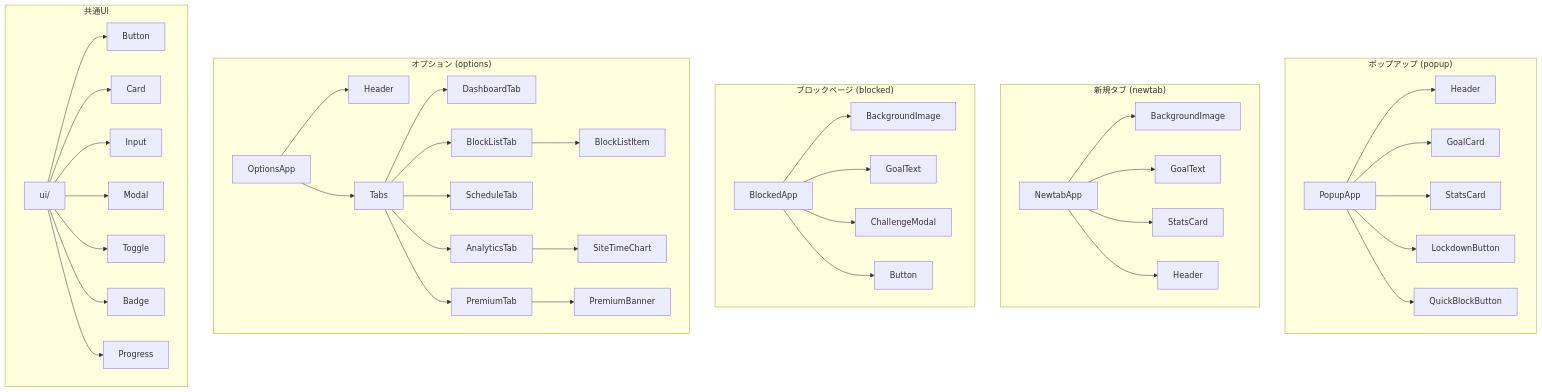
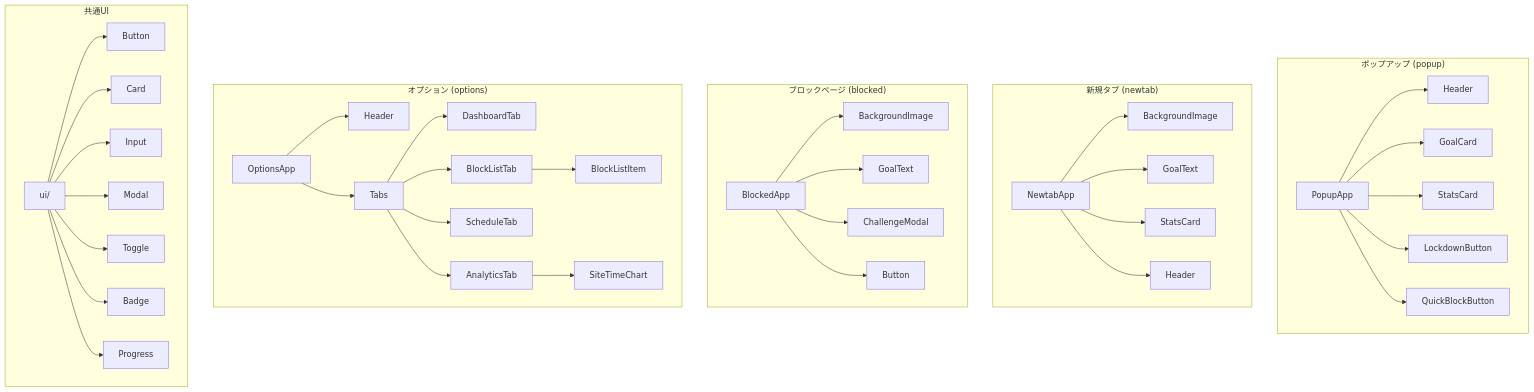
One commit to machina-gg/vision-focus changed the diagram in docs/COMPONENT.md. Above: the diagram before and after it, drawn with Mermaid. The commit also changed other lines of this file and 9 other files, not shown here.

````diff
--- a/docs/COMPONENT.md
+++ b/docs/COMPONENT.md
@@ -80,53 +77,51 @@
 ```mermaid
 graph TD
     subgraph "ポップアップ (popup)"
         PA[PopupApp]
         PA --> PH[Header]
         PA --> GC[GoalCard]
         PA --> SC1[StatsCard]
         PA --> LB[LockdownButton]
         PA --> QB[QuickBlockButton]
     end
 
     subgraph "新規タブ (newtab)"
         NA[NewtabApp]
         NA --> BG[BackgroundImage]
         NA --> GT[GoalText]
         NA --> SC2[StatsCard]
         NA --> NH[Header]
     end
 
     subgraph "ブロックページ (blocked)"
         BA[BlockedApp]
         BA --> BG2[BackgroundImage]
         BA --> GT2[GoalText]
         BA --> CM[ChallengeModal]
         BA --> BTN1[Button]
     end
 
     subgraph "オプション (options)"
         OA[OptionsApp]
         OA --> OH[Header]
         OA --> TB[Tabs]
         TB --> DT[DashboardTab]
         TB --> BLT[BlockListTab]
         TB --> SCT[ScheduleTab]
         TB --> AT[AnalyticsTab]
-        TB --> PT[PremiumTab]
 
         BLT --> BLI[BlockListItem]
         AT --> STC[SiteTimeChart]
-        PT --> PB[PremiumBanner]
     end
 
     subgraph "共通UI"
         UI[ui/]
         UI --> Button
         UI --> Card
         UI --> Input
         UI --> Modal
         UI --> Toggle
         UI --> Badge
         UI --> Progress
     end
 ```
````
